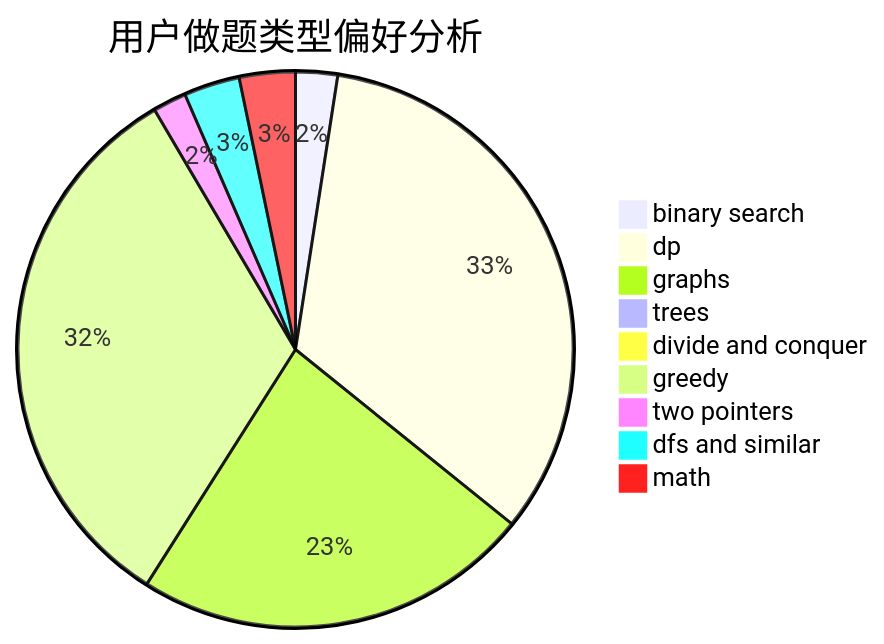
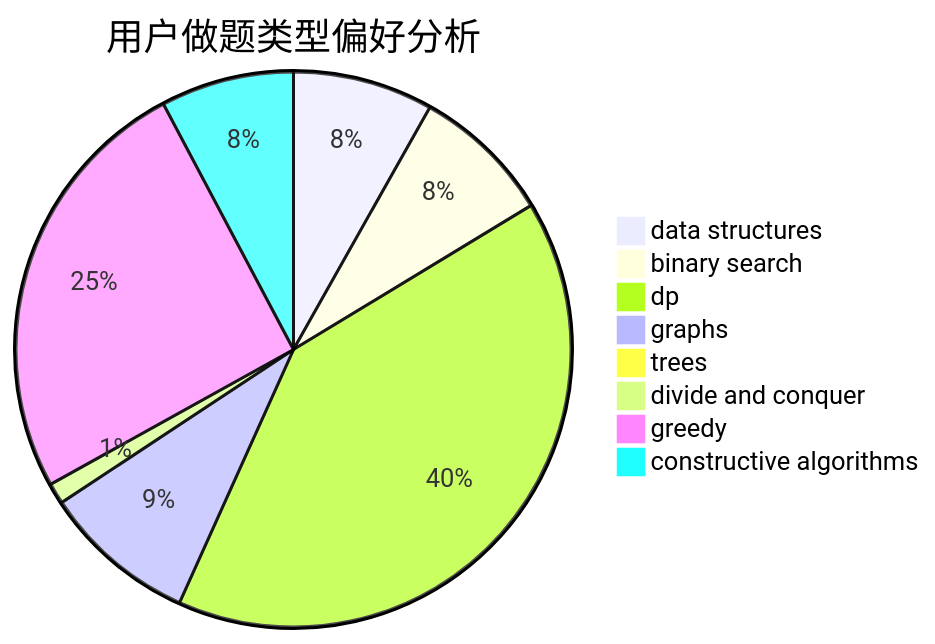
One commit to sherpahu/cfrs.github.io changed the second of 3 diagrams in docs/user/u977.md. Above: the diagram before and after it, drawn with Mermaid. The commit also changed other lines of this file and 2775 other files, not shown here.

````diff
--- a/docs/user/u977.md
+++ b/docs/user/u977.md
@@ -23,12 +23,11 @@
 ```mermaid
 pie title 用户做题类型偏好分析
-    "binary search" :  30
-    "dp" :  410
-    "graphs" :  285
-    "trees" :  7
+    "data structures" :  20
+    "binary search" :  20
+    "dp" :  99
+    "graphs" :  22
+    "trees" :  1
     "divide and conquer" :  3
-    "greedy" :  400
-    "two pointers" :  24
-    "dfs and similar" :  40
-    "math" :  40
+    "greedy" :  62
+    "constructive algorithms" :  19
 ```
````
